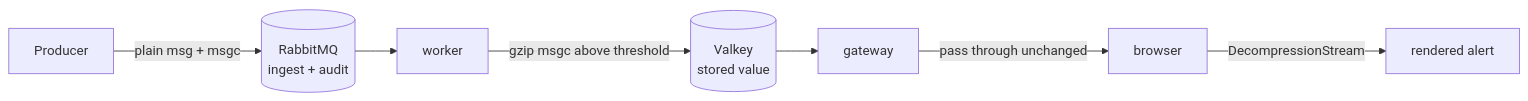
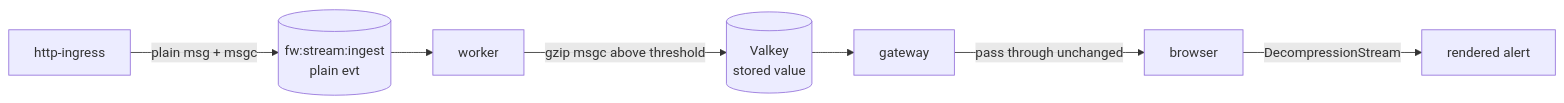
The diagram in docs/payload-and-compression.md (cucumberone/fire-watch), drawn with Mermaid before and after one commit. The commit also changed other lines of this file and 85 other files, not shown here.

````diff
--- a/docs/payload-and-compression.md
+++ b/docs/payload-and-compression.md
@@ -57,9 +57,9 @@
 ```mermaid
 flowchart LR
-  P[Producer] -->|plain msg + msgc| RMQ[(RabbitMQ<br/>ingest + audit)]
-  RMQ --> W[worker]
+  P[http-ingress] -->|plain msg + msgc| ST[(fw:stream:ingest<br/>plain evt)]
+  ST --> W[worker]
   W -->|gzip msgc above threshold| DF[(Valkey<br/>stored value)]
   DF --> G[gateway]
   G -->|pass through unchanged| FE[browser]
   FE -->|DecompressionStream| UI[rendered alert]
 ```
````
